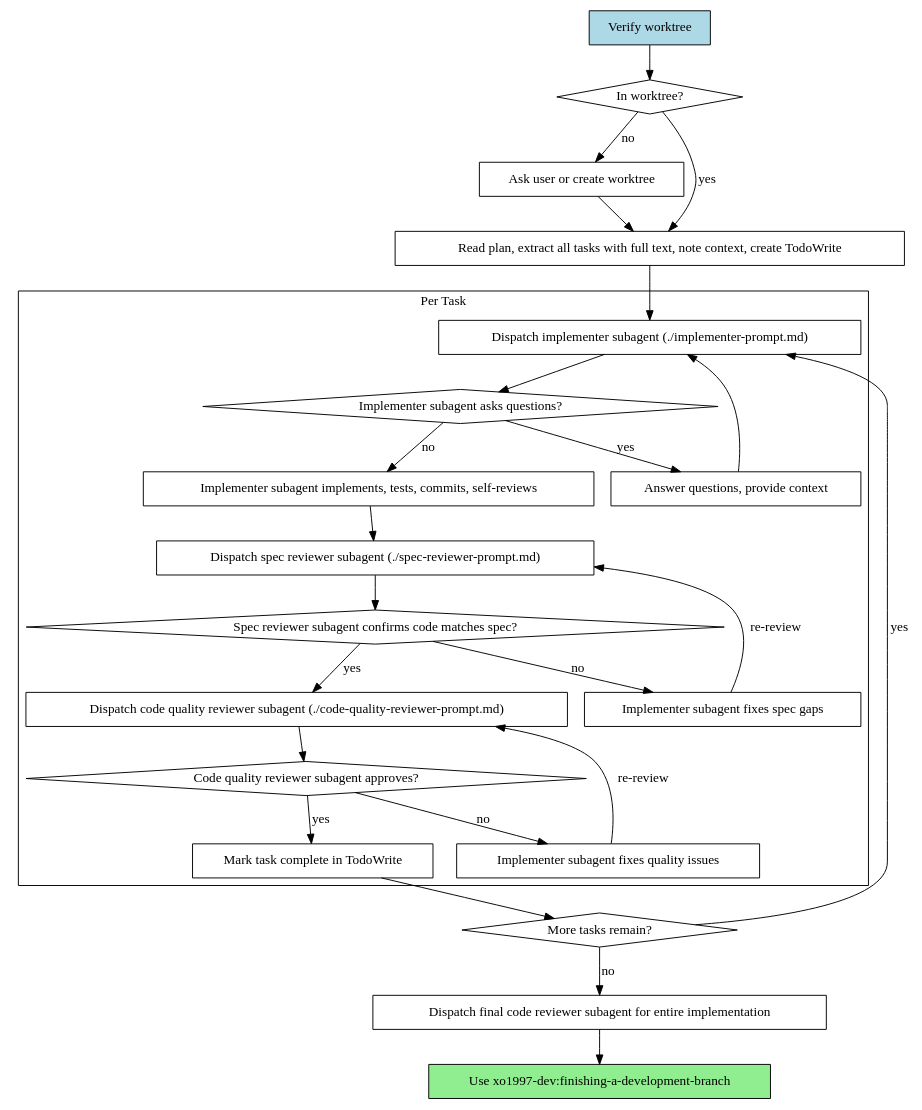
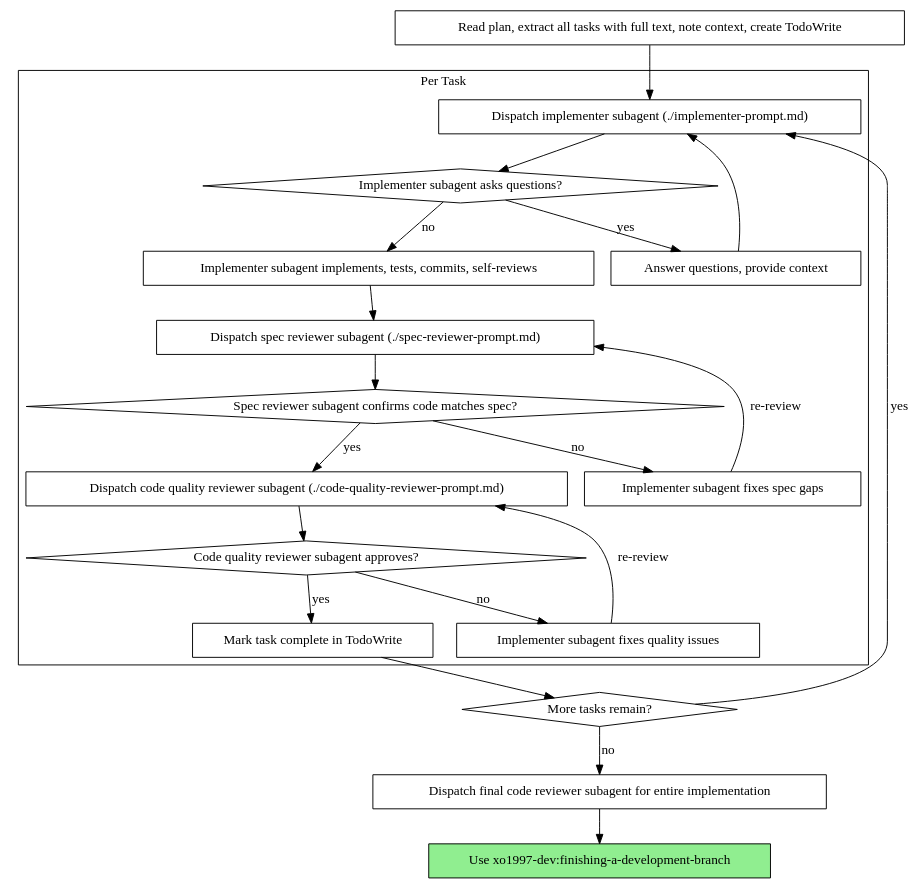
One commit to changanx/xo1997-dev changed the second of 2 diagrams in skills/subagent-driven-development/SKILL.md. Above: the diagram before and after it, drawn with Graphviz. The commit also changed other lines of this file and 17 other files, not shown here.

````diff
--- a/skills/subagent-driven-development/SKILL.md
+++ b/skills/subagent-driven-development/SKILL.md
@@ -58,52 +44,45 @@
 ```dot
 digraph process {
     rankdir=TB;
 
-    "Verify worktree" [shape=box style=filled fillcolor=lightblue];
-    "In worktree?" [shape=diamond];
-    "Ask user or create worktree" [shape=box];
     "Read plan, extract all tasks with full text, note context, create TodoWrite" [shape=box];
 
     subgraph cluster_per_task {
         label="Per Task";
         "Dispatch implementer subagent (./implementer-prompt.md)" [shape=box];
         "Implementer subagent asks questions?" [shape=diamond];
         "Answer questions, provide context" [shape=box];
         "Implementer subagent implements, tests, commits, self-reviews" [shape=box];
         "Dispatch spec reviewer subagent (./spec-reviewer-prompt.md)" [shape=box];
         "Spec reviewer subagent confirms code matches spec?" [shape=diamond];
         "Implementer subagent fixes spec gaps" [shape=box];
         "Dispatch code quality reviewer subagent (./code-quality-reviewer-prompt.md)" [shape=box];
         "Code quality reviewer subagent approves?" [shape=diamond];
         "Implementer subagent fixes quality issues" [shape=box];
         "Mark task complete in TodoWrite" [shape=box];
     }
 
     "More tasks remain?" [shape=diamond];
     "Dispatch final code reviewer subagent for entire implementation" [shape=box];
     "Use xo1997-dev:finishing-a-development-branch" [shape=box style=filled fillcolor=lightgreen];
 
-    "Verify worktree" -> "In worktree?";
-    "In worktree?" -> "Ask user or create worktree" [label="no"];
-    "In worktree?" -> "Read plan, extract all tasks with full text, note context, create TodoWrite" [label="yes"];
-    "Ask user or create worktree" -> "Read plan, extract all tasks with full text, note context, create TodoWrite";
     "Read plan, extract all tasks with full text, note context, create TodoWrite" -> "Dispatch implementer subagent (./implementer-prompt.md)";
     "Dispatch implementer subagent (./implementer-prompt.md)" -> "Implementer subagent asks questions?";
     "Implementer subagent asks questions?" -> "Answer questions, provide context" [label="yes"];
     "Answer questions, provide context" -> "Dispatch implementer subagent (./implementer-prompt.md)";
     "Implementer subagent asks questions?" -> "Implementer subagent implements, tests, commits, self-reviews" [label="no"];
     "Implementer subagent implements, tests, commits, self-reviews" -> "Dispatch spec reviewer subagent (./spec-reviewer-prompt.md)";
     "Dispatch spec reviewer subagent (./spec-reviewer-prompt.md)" -> "Spec reviewer subagent confirms code matches spec?";
     "Spec reviewer subagent confirms code matches spec?" -> "Implementer subagent fixes spec gaps" [label="no"];
     "Implementer subagent fixes spec gaps" -> "Dispatch spec reviewer subagent (./spec-reviewer-prompt.md)" [label="re-review"];
     "Spec reviewer subagent confirms code matches spec?" -> "Dispatch code quality reviewer subagent (./code-quality-reviewer-prompt.md)" [label="yes"];
     "Dispatch code quality reviewer subagent (./code-quality-reviewer-prompt.md)" -> "Code quality reviewer subagent approves?";
     "Code quality reviewer subagent approves?" -> "Implementer subagent fixes quality issues" [label="no"];
     "Implementer subagent fixes quality issues" -> "Dispatch code quality reviewer subagent (./code-quality-reviewer-prompt.md)" [label="re-review"];
     "Code quality reviewer subagent approves?" -> "Mark task complete in TodoWrite" [label="yes"];
     "Mark task complete in TodoWrite" -> "More tasks remain?";
     "More tasks remain?" -> "Dispatch implementer subagent (./implementer-prompt.md)" [label="yes"];
     "More tasks remain?" -> "Dispatch final code reviewer subagent for entire implementation" [label="no"];
     "Dispatch final code reviewer subagent for entire implementation" -> "Use xo1997-dev:finishing-a-development-branch";
 }
 ```
````
